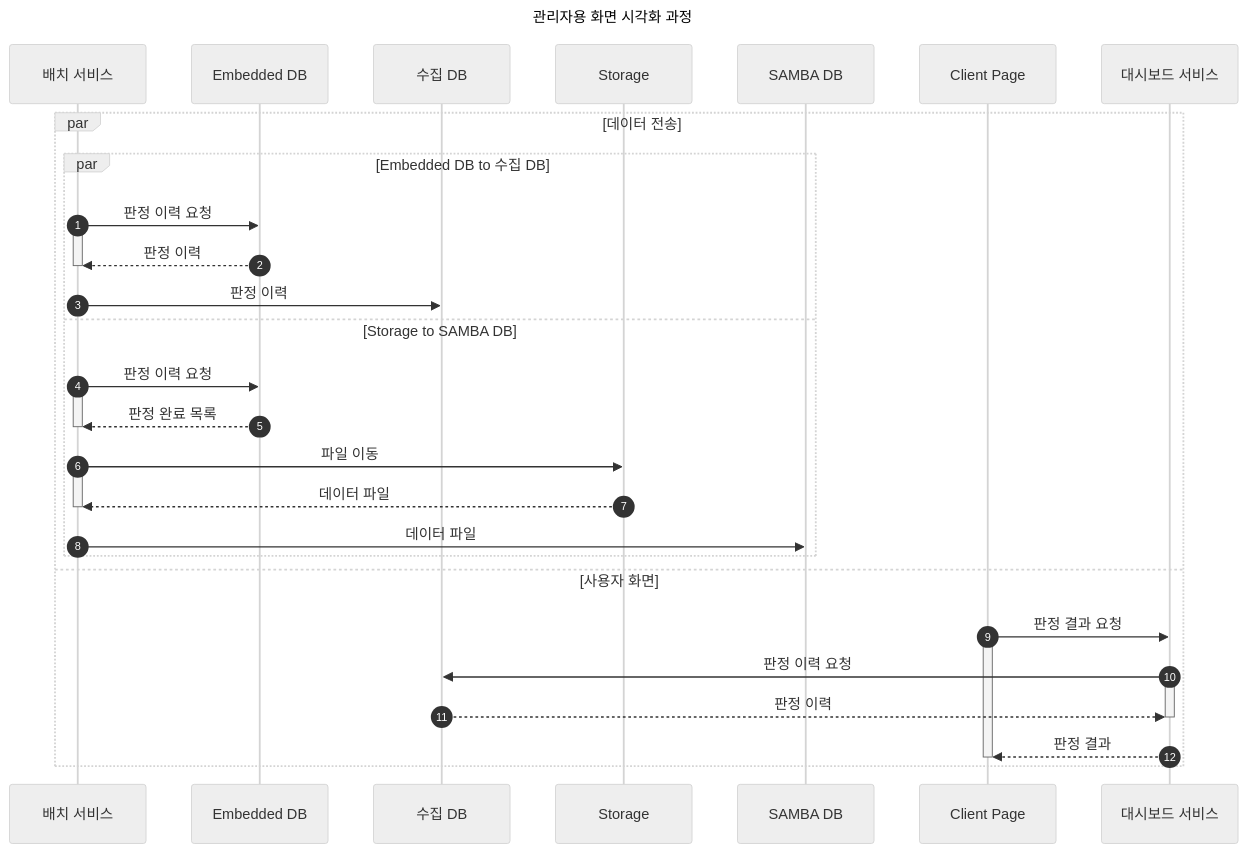
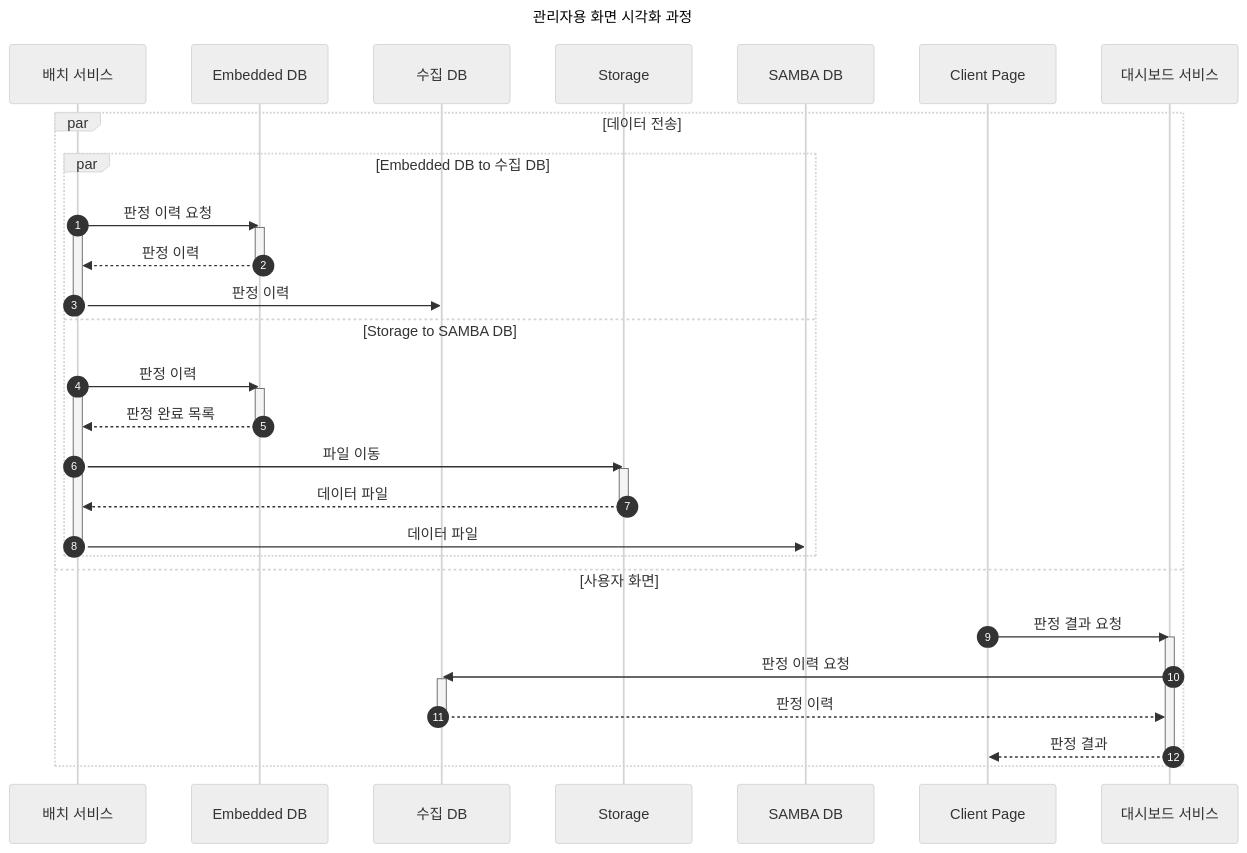
Before and after one commit to djccnt15/djccnt15.github.io: the third of 4 diagrams in docs/portfolio/on-device-ai.md, drawn with Mermaid. The commit also changed other lines of this file and 2 other files, not shown here.

Commit message:
fix mermaid diagrams

````diff
--- a/docs/portfolio/on-device-ai.md
+++ b/docs/portfolio/on-device-ai.md
@@ -129,37 +129,41 @@
 ```mermaid
 ---
 title: 관리자용 화면 시각화 과정
 config:
     theme: 'neutral'
 ---
 sequenceDiagram
     autonumber
     par 데이터 전송
         par Embedded DB to 수집 DB
             배치 서비스 ->> Embedded DB : 판정 이력 요청
             activate 배치 서비스
+            activate Embedded DB
             Embedded DB -->> 배치 서비스 : 판정 이력
+            deactivate Embedded DB
+            배치 서비스 ->> 수집 DB : 판정 이력
             deactivate 배치 서비스
-            배치 서비스 ->> 수집 DB : 판정 이력
         and Storage to SAMBA DB
-            배치 서비스 ->> Embedded DB : 판정 이력 요청
+            배치 서비스 ->> Embedded DB : 판정 이력 
             activate 배치 서비스
+            activate Embedded DB
             Embedded DB -->> 배치 서비스 : 판정 완료 목록
+            deactivate Embedded DB
+            배치 서비스 ->> Storage : 파일 이동
+            activate Storage
+            Storage -->> 배치 서비스 : 데이터 파일
+            deactivate Storage
+            배치 서비스 ->> SAMBA DB : 데이터 파일
             deactivate 배치 서비스
-            배치 서비스 ->> Storage : 파일 이동
-            activate 배치 서비스
-            Storage -->> 배치 서비스 : 데이터 파일
-            deactivate 배치 서비스
-            배치 서비스 ->> SAMBA DB : 데이터 파일
         end
     and 사용자 화면
         Client Page ->> 대시보드 서비스 : 판정 결과 요청
-        activate Client Page
+        activate 대시보드 서비스
         대시보드 서비스 ->> 수집 DB : 판정 이력 요청
-        activate 대시보드 서비스
+        activate 수집 DB
         수집 DB -->> 대시보드 서비스 : 판정 이력
+        deactivate 수집 DB
+        대시보드 서비스 -->> Client Page : 판정 결과
         deactivate 대시보드 서비스
-        대시보드 서비스 -->> Client Page : 판정 결과
-        deactivate Client Page
     end
 ```
````
